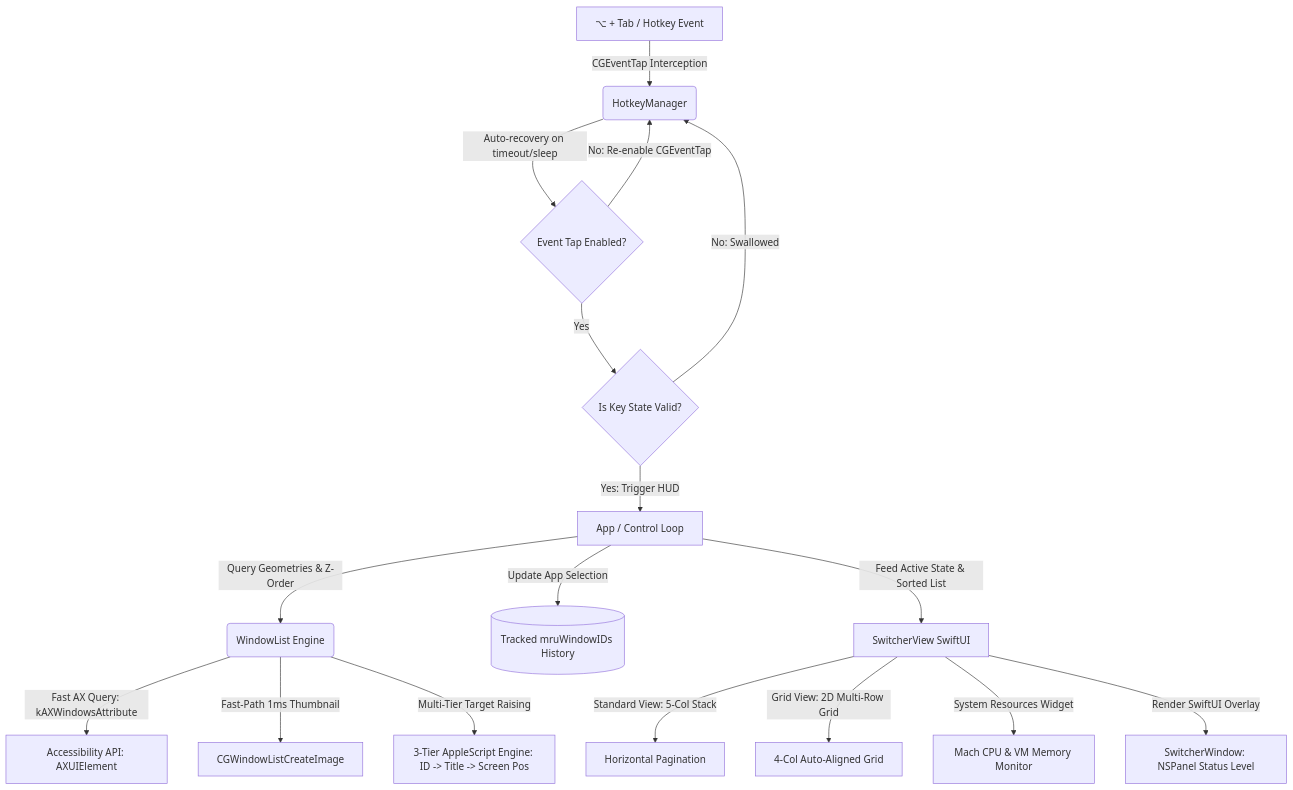
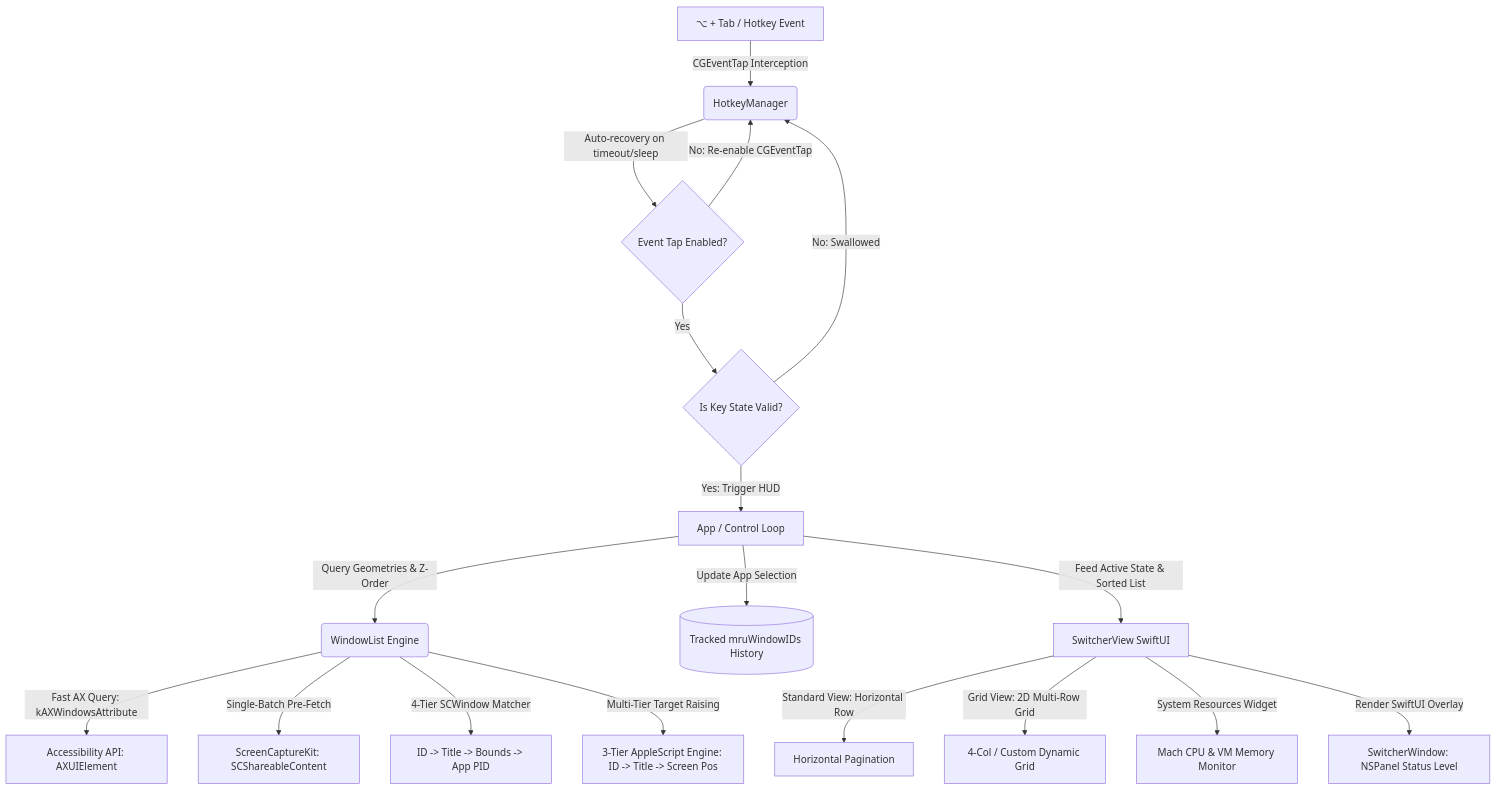
One commit to nikhilJa1n/OptTab-MAC changed the diagram in README.md. Above: the diagram before and after it, drawn with Mermaid. The commit also changed other lines of this file and 4 other files, not shown here.

Commit message:
Improve app activation logic; enhance thumbnail loading behavior

````diff
--- a/README.md
+++ b/README.md
@@ -19,23 +19,24 @@
 ```mermaid
 graph TD
     A[⌥ + Tab / Hotkey Event] -->|CGEventTap Interception| B(HotkeyManager)
     B -->|Auto-recovery on timeout/sleep| B1{Event Tap Enabled?}
     B1 -->|No: Re-enable CGEventTap| B
     B1 -->|Yes| C{Is Key State Valid?}
     C -->|No: Swallowed| B
     C -->|Yes: Trigger HUD| D[App / Control Loop]
     
     D -->|Query Geometries & Z-Order| E(WindowList Engine)
     D -->|Update App Selection| F[(Tracked mruWindowIDs History)]
     
     E -->|Fast AX Query: kAXWindowsAttribute| G[Accessibility API: AXUIElement]
-    E -->|Fast-Path 1ms Thumbnail| H[CGWindowListCreateImage]
+    E -->|Single-Batch Pre-Fetch| H[ScreenCaptureKit: SCShareableContent]
+    E -->|4-Tier SCWindow Matcher| H1[ID -> Title -> Bounds -> App PID]
     E -->|Multi-Tier Target Raising| I[3-Tier AppleScript Engine: ID -> Title -> Screen Pos]
     
     D -->|Feed Active State & Sorted List| K[SwitcherView SwiftUI]
-    K -->|Standard View: 5-Col Stack| L[Horizontal Pagination]
-    K -->|Grid View: 2D Multi-Row Grid| M[4-Col Auto-Aligned Grid]
+    K -->|Standard View: Horizontal Row| L[Horizontal Pagination]
+    K -->|Grid View: 2D Multi-Row Grid| M[4-Col / Custom Dynamic Grid]
     K -->|System Resources Widget| N[Mach CPU & VM Memory Monitor]
     
     K -->|Render SwiftUI Overlay| O[SwitcherWindow: NSPanel Status Level]
 ```
````
